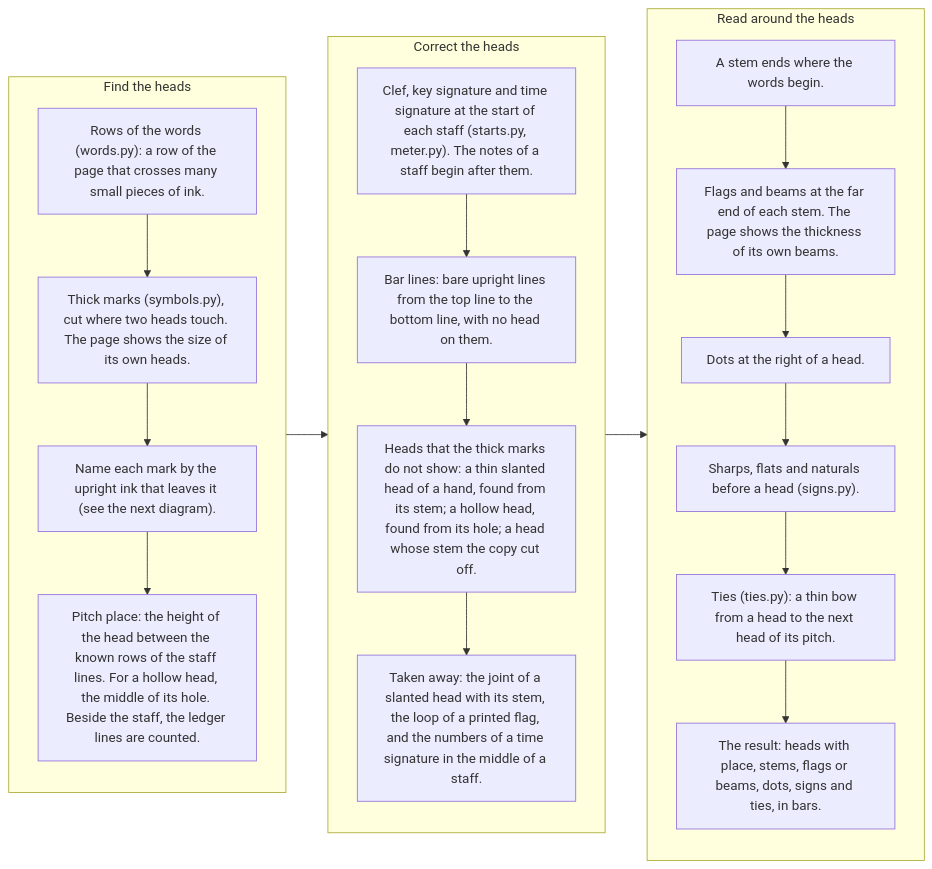
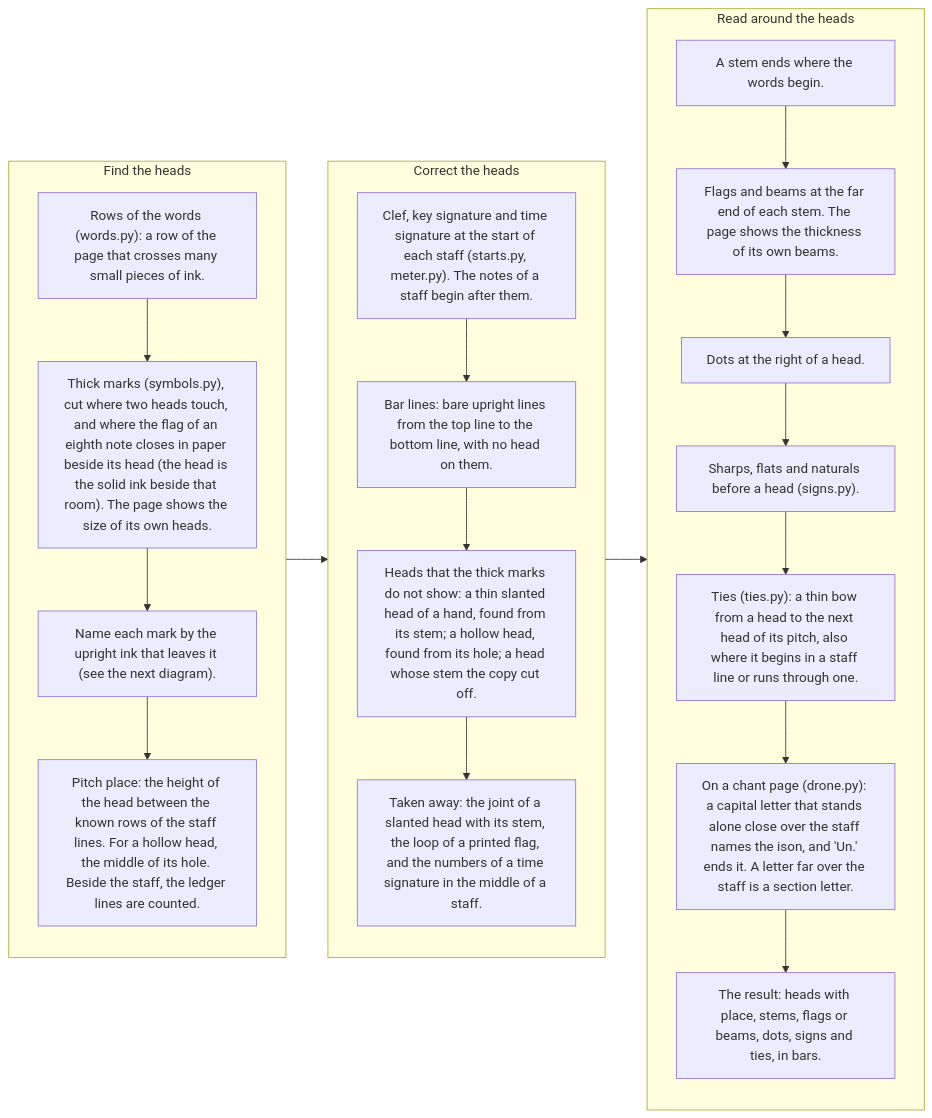
One commit to sweet-cicero/ScoreReader changed the fourth of 11 diagrams in README.md. Above: the diagram before and after it, drawn with Mermaid. The commit also changed other lines of this file and 3 other files, not shown here.

````diff
--- a/README.md
+++ b/README.md
@@ -147,30 +147,31 @@
 ```mermaid
 flowchart LR
     subgraph find["Find the heads"]
         direction TB
         f0["Rows of the words (words.py): a row of the page that crosses many small pieces of ink."]
-        f1["Thick marks (symbols.py), cut where two heads touch. The page shows the size of its own heads."]
+        f1["Thick marks (symbols.py), cut where two heads touch, and where the flag of an eighth note closes in paper beside its head (the head is the solid ink beside that room). The page shows the size of its own heads."]
         f2["Name each mark by the upright ink that leaves it (see the next diagram)."]
         f3["Pitch place: the height of the head between the known rows of the staff lines. For a hollow head, the middle of its hole. Beside the staff, the ledger lines are counted."]
         f0 --> f1 --> f2 --> f3
     end
     subgraph more["Correct the heads"]
         direction TB
         m1["Clef, key signature and time signature at the start of each staff (starts.py, meter.py). The notes of a staff begin after them."]
         m2["Bar lines: bare upright lines from the top line to the bottom line, with no head on them."]
         m3["Heads that the thick marks do not show: a thin slanted head of a hand, found from its stem; a hollow head, found from its hole; a head whose stem the copy cut off."]
         m4["Taken away: the joint of a slanted head with its stem, the loop of a printed flag, and the numbers of a time signature in the middle of a staff."]
         m1 --> m2 --> m3 --> m4
     end
     subgraph around["Read around the heads"]
         direction TB
         a1["A stem ends where the words begin."]
         a2["Flags and beams at the far end of each stem. The page shows the thickness of its own beams."]
         a3["Dots at the right of a head."]
         a4["Sharps, flats and naturals before a head (signs.py)."]
-        a5["Ties (ties.py): a thin bow from a head to the next head of its pitch."]
-        a6["The result: heads with place, stems, flags or beams, dots, signs and ties, in bars."]
-        a1 --> a2 --> a3 --> a4 --> a5 --> a6
+        a5["Ties (ties.py): a thin bow from a head to the next head of its pitch, also where it begins in a staff line or runs through one."]
+        a6["On a chant page (drone.py): a capital letter that stands alone close over the staff names the ison, and 'Un.' ends it. A letter far over the staff is a section letter."]
+        a7["The result: heads with place, stems, flags or beams, dots, signs and ties, in bars."]
+        a1 --> a2 --> a3 --> a4 --> a5 --> a6 --> a7
     end
     find --> more --> around
 ```
````
